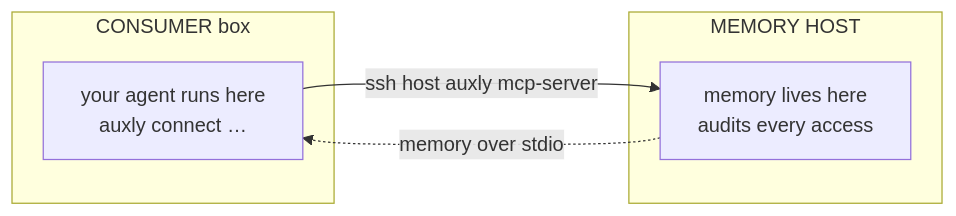
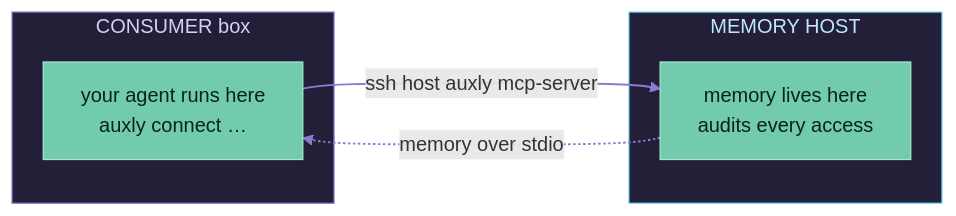
One commit to Tzamun-Arabia-IT-Co/auxly-memory-cli changed the second of 2 diagrams in README.md. Above: the diagram before and after it, drawn with Mermaid. The commit also changed other lines of this file, not shown here.

Commit message:
docs(readme): brand-color the Mermaid flow diagrams (Auxly purple/teal/cyan/clay palette)

````diff
--- a/README.md
+++ b/README.md
@@ -370,11 +378,16 @@
 ```mermaid
 flowchart LR
     subgraph consumer["CONSUMER box"]
-        c["your agent runs here<br/>auxly connect &hellip;"]
+        c["your agent runs here<br/>auxly connect &hellip;"]:::node
     end
     subgraph host["MEMORY HOST"]
-        h["memory lives here<br/>audits every access"]
+        h["memory lives here<br/>audits every access"]:::node
     end
     c -->|"ssh host auxly mcp-server"| h
     h -.->|"memory over stdio"| c
+
+    classDef node fill:#73CBAD,stroke:#A7E6D2,color:#08231B,stroke-width:1px;
+    style consumer fill:#241F38,stroke:#917FD1,color:#D7D0F2,stroke-width:1px;
+    style host fill:#241F38,stroke:#84DCFB,color:#BFE9FB,stroke-width:1px;
+    linkStyle default stroke:#8E7BD0,stroke-width:1.5px;
 ```
````
